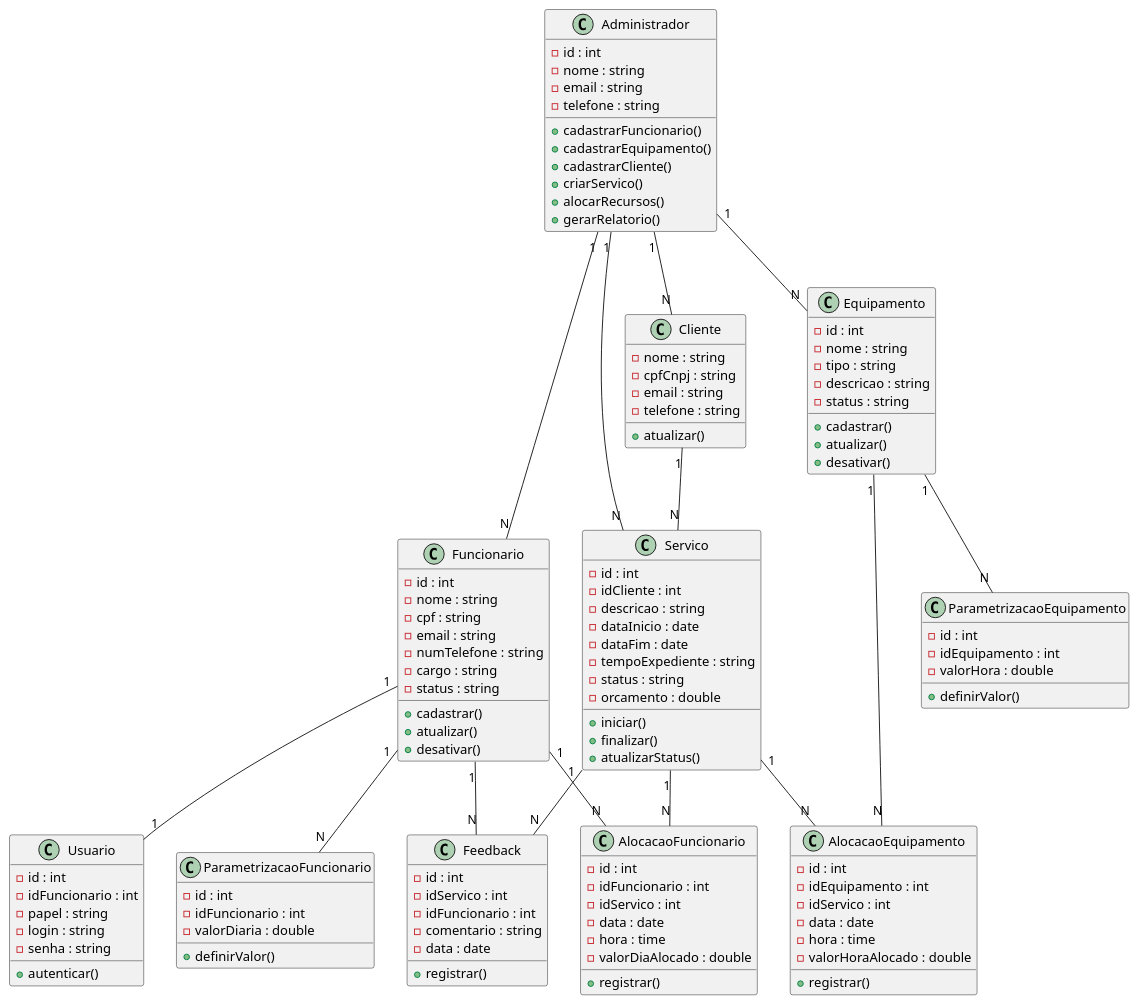
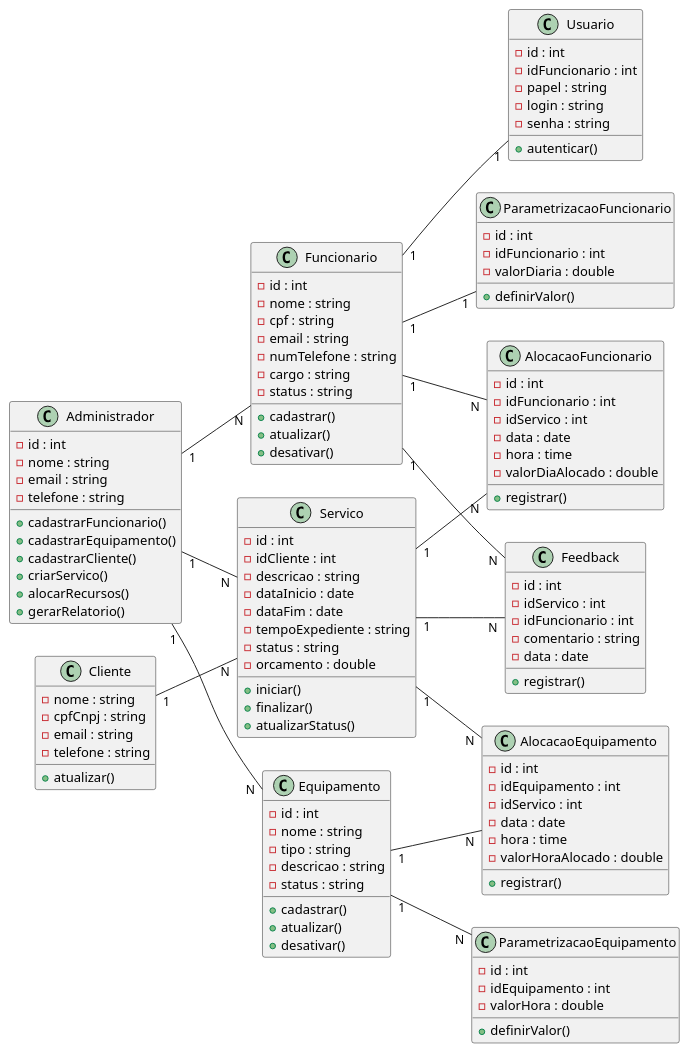
The diagram in Documentação/DiagramaClasses.puml (IcoEzequiel/2PiStudio_EstSuper), drawn with PlantUML before and after one commit. The commit also changed other lines of this file and 4 other files, not shown here.

```diff
--- a/Documentação/DiagramaClasses.puml
+++ b/Documentação/DiagramaClasses.puml
@@ -3,134 +1,133 @@
 @startuml
+left to right direction
 
 class Administrador {
-  - id : int
-  - nome : string
-  - email : string
-  - telefone : string
-  + cadastrarFuncionario()
-  + cadastrarEquipamento()
-  + cadastrarCliente()
-  + criarServico()
-  + alocarRecursos()
-  + gerarRelatorio()
+    - id : int
+    - nome : string
+    - email : string
+    - telefone : string
+    + cadastrarFuncionario()
+    + cadastrarEquipamento()
+    + cadastrarCliente()
+    + criarServico()
+    + alocarRecursos()
+    + gerarRelatorio()
 }
 
 class Funcionario {
   - id : int
   - nome : string
   - cpf : string
   - email : string
   - numTelefone : string
   - cargo : string
   - status : string
   + cadastrar()
   + atualizar()
   + desativar()
 }
 
 class Equipamento {
   - id : int
   - nome : string
   - tipo : string
   - descricao : string
   - status : string
   + cadastrar()
   + atualizar()
   + desativar()
 }
 
 class ParametrizacaoFuncionario {
   - id : int
   - idFuncionario : int
   - valorDiaria : double
   + definirValor()
 }
 
 class ParametrizacaoEquipamento {
   - id : int
   - idEquipamento : int
   - valorHora : double
   + definirValor()
 }
 
 class Cliente {
   - nome : string
   - cpfCnpj : string
   - email : string
   - telefone : string
   + atualizar()
 }
 
 class Servico {
   - id : int
   - idCliente : int
   - descricao : string
   - dataInicio : date
   - dataFim : date
   - tempoExpediente : string
   - status : string
   - orcamento : double
   + iniciar()
   + finalizar()
   + atualizarStatus()
 }
 
 class AlocacaoFuncionario {
   - id : int
   - idFuncionario : int
   - idServico : int
   - data : date
   - hora : time
   - valorDiaAlocado : double
   + registrar()
 }
 
 class AlocacaoEquipamento {
   - id : int
   - idEquipamento : int
   - idServico : int
   - data : date
   - hora : time
   - valorHoraAlocado : double
   + registrar()
 }
 
 class Feedback {
   - id : int
   - idServico : int
   - idFuncionario : int
   - comentario : string
   - data : date
   + registrar()
 }
 
 class Usuario {
   - id : int
   - idFuncionario : int
   - papel : string
   - login : string
   - senha : string
   + autenticar()
 }
 
 'Relacionamentos principais
 Administrador "1" -- "N" Funcionario
 Administrador "1" -- "N" Equipamento
-Administrador "1" -- "N" Cliente
 Administrador "1" -- "N" Servico
 
-Funcionario "1" -- "N" ParametrizacaoFuncionario
+Funcionario "1" -- "1" ParametrizacaoFuncionario
 Funcionario "1" -- "N" AlocacaoFuncionario
 Funcionario "1" -- "N" Feedback
 Funcionario "1" -- "1" Usuario
 
 Equipamento "1" -- "N" AlocacaoEquipamento
 Equipamento "1" -- "N" ParametrizacaoEquipamento
 
 Cliente "1" -- "N" Servico
 
 Servico "1" -- "N" AlocacaoFuncionario
 Servico "1" -- "N" AlocacaoEquipamento
 Servico "1" -- "N" Feedback
-
 @enduml
```
